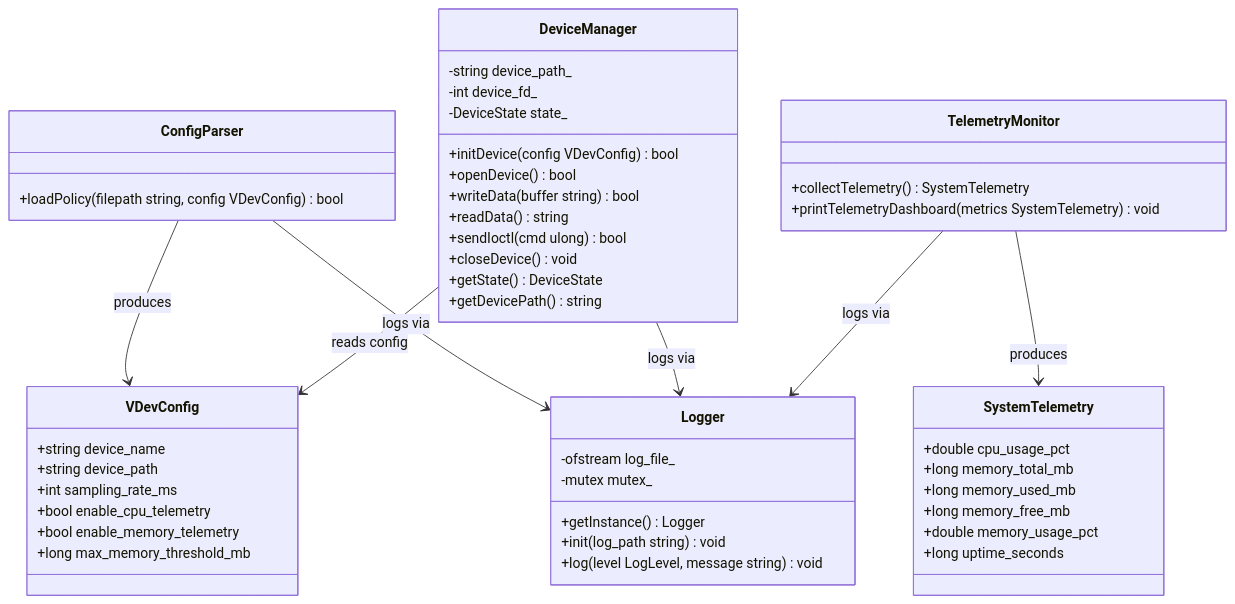
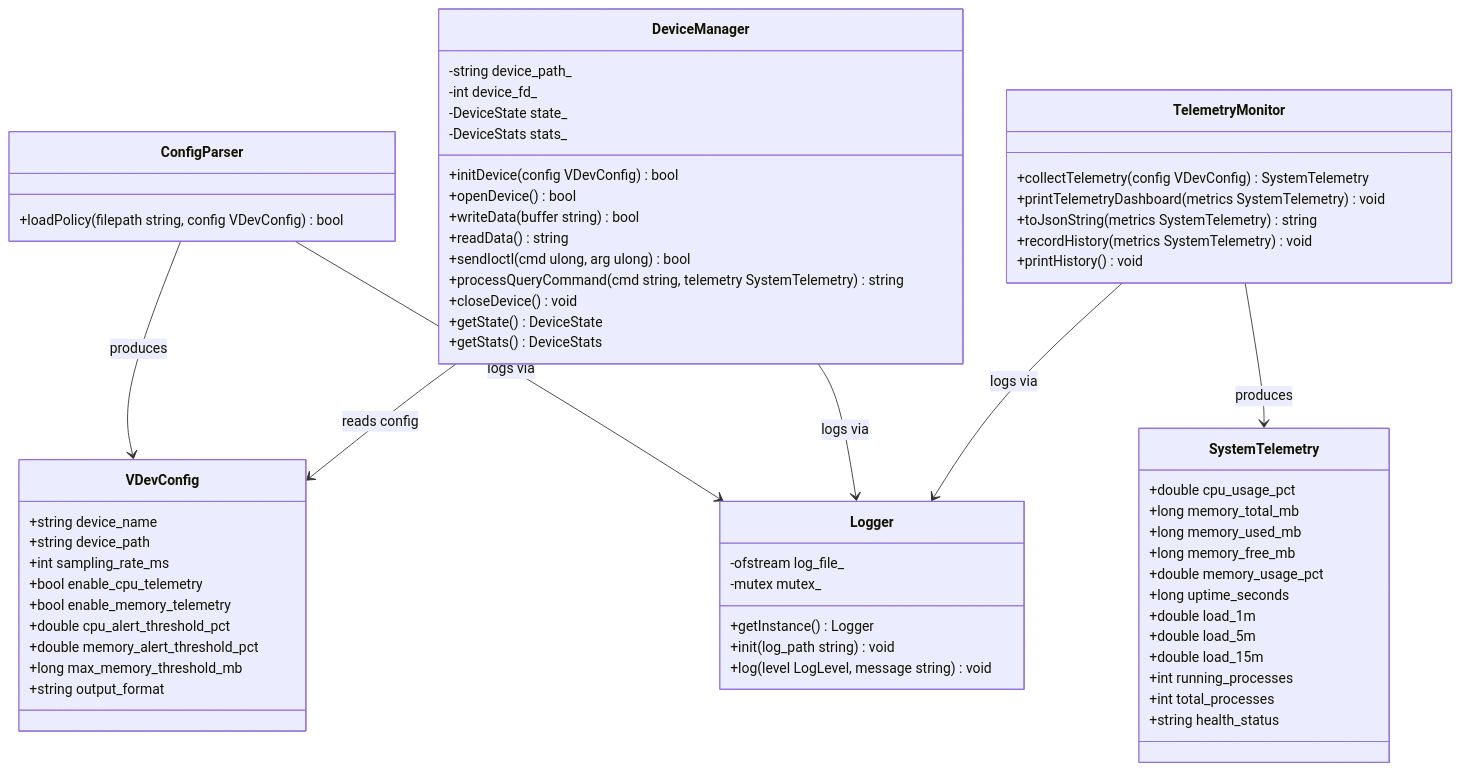
One commit to priyansudas07/Wipro-Embedded-Training changed the first of 3 diagrams in Wipro Individual Project/vdevpulse/docs/stage3_architecture.md. Above: the diagram before and after it, drawn with Mermaid. The commit also changed other lines of this file and 5 other files, not shown here.

````diff
--- a/Wipro Individual Project/vdevpulse/docs/stage3_architecture.md
+++ b/Wipro Individual Project/vdevpulse/docs/stage3_architecture.md
@@ -118,58 +122,72 @@
 ```mermaid
 classDiagram
     class Logger {
         -ofstream log_file_
         -mutex mutex_
         +getInstance() Logger
         +init(log_path string) void
         +log(level LogLevel, message string) void
     }
 
     class VDevConfig {
         +string device_name
         +string device_path
         +int sampling_rate_ms
         +bool enable_cpu_telemetry
         +bool enable_memory_telemetry
+        +double cpu_alert_threshold_pct
+        +double memory_alert_threshold_pct
         +long max_memory_threshold_mb
+        +string output_format
     }
 
     class ConfigParser {
         +loadPolicy(filepath string, config VDevConfig) bool
     }
 
     class SystemTelemetry {
         +double cpu_usage_pct
         +long memory_total_mb
         +long memory_used_mb
         +long memory_free_mb
         +double memory_usage_pct
         +long uptime_seconds
+        +double load_1m
+        +double load_5m
+        +double load_15m
+        +int running_processes
+        +int total_processes
+        +string health_status
     }
 
     class TelemetryMonitor {
-        +collectTelemetry() SystemTelemetry
+        +collectTelemetry(config VDevConfig) SystemTelemetry
         +printTelemetryDashboard(metrics SystemTelemetry) void
+        +toJsonString(metrics SystemTelemetry) string
+        +recordHistory(metrics SystemTelemetry) void
+        +printHistory() void
     }
 
     class DeviceManager {
         -string device_path_
         -int device_fd_
         -DeviceState state_
+        -DeviceStats stats_
         +initDevice(config VDevConfig) bool
         +openDevice() bool
         +writeData(buffer string) bool
         +readData() string
-        +sendIoctl(cmd ulong) bool
+        +sendIoctl(cmd ulong, arg ulong) bool
+        +processQueryCommand(cmd string, telemetry SystemTelemetry) string
         +closeDevice() void
         +getState() DeviceState
-        +getDevicePath() string
+        +getStats() DeviceStats
     }
 
     ConfigParser --> VDevConfig : produces
     ConfigParser --> Logger : logs via
     DeviceManager --> VDevConfig : reads config
     DeviceManager --> Logger : logs via
     TelemetryMonitor --> SystemTelemetry : produces
     TelemetryMonitor --> Logger : logs via
 ```
````
